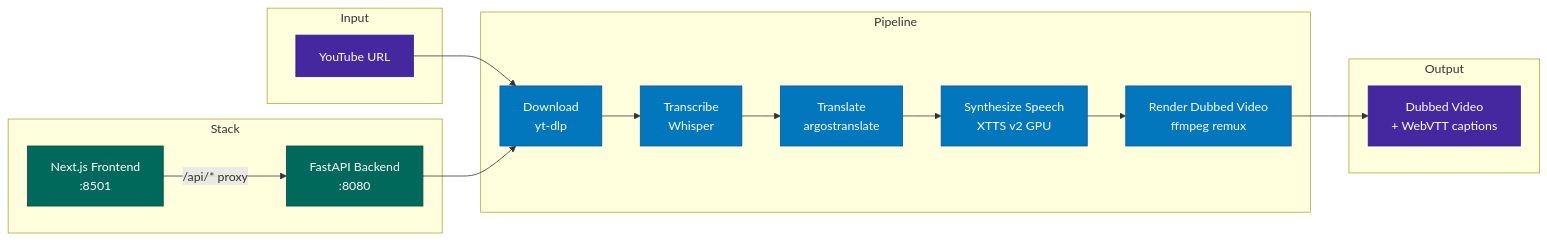
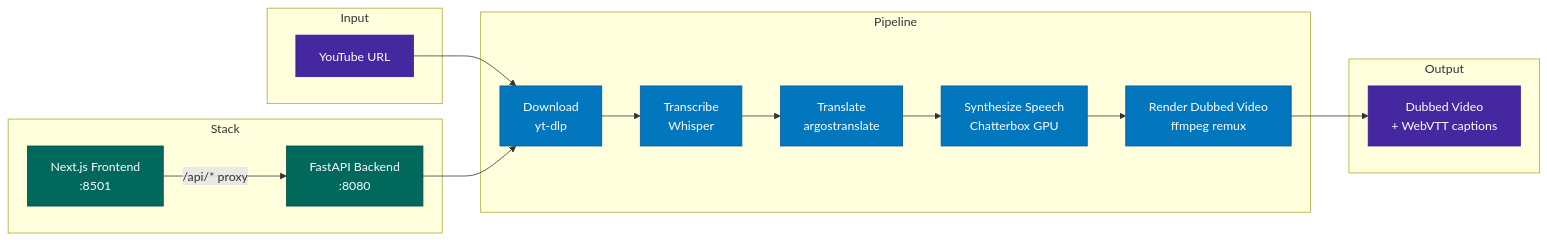
Before and after one commit to harshagarwalnyu/foreign-whispers: the diagram in README.md, drawn with Mermaid. The commit also changed other lines of this file and 69 other files, not shown here.

````diff
--- a/README.md
+++ b/README.md
@@ -9,37 +9,37 @@
 ```mermaid
 flowchart LR
     subgraph Input
         YT[YouTube URL]
     end
 
     subgraph Pipeline
         DL[Download<br/>yt-dlp]
         TR[Transcribe<br/>Whisper]
         TL[Translate<br/>argostranslate]
-        TTS[Synthesize Speech<br/>XTTS v2 GPU]
+        TTS[Synthesize Speech<br/>Chatterbox GPU]
         ST[Render Dubbed Video<br/>ffmpeg remux]
     end
 
     subgraph Output
         VID[Dubbed Video<br/>+ WebVTT captions]
     end
 
     subgraph Stack
         FE[Next.js Frontend<br/>:8501]
         API[FastAPI Backend<br/>:8080]
     end
 
     YT --> DL --> TR --> TL --> TTS --> ST --> VID
 
     FE -- /api/* proxy --> API
     API --> DL
 
     classDef default fill:#37474f,color:#fff,stroke:#546e7a
     classDef pipeline fill:#0277bd,color:#fff,stroke:#01579b
     classDef stack fill:#00695c,color:#fff,stroke:#004d40
     classDef io fill:#4527a0,color:#fff,stroke:#311b92
 
     class YT,VID io
     class DL,TR,TL,TTS,ST pipeline
     class FE,API stack
 ```
````
